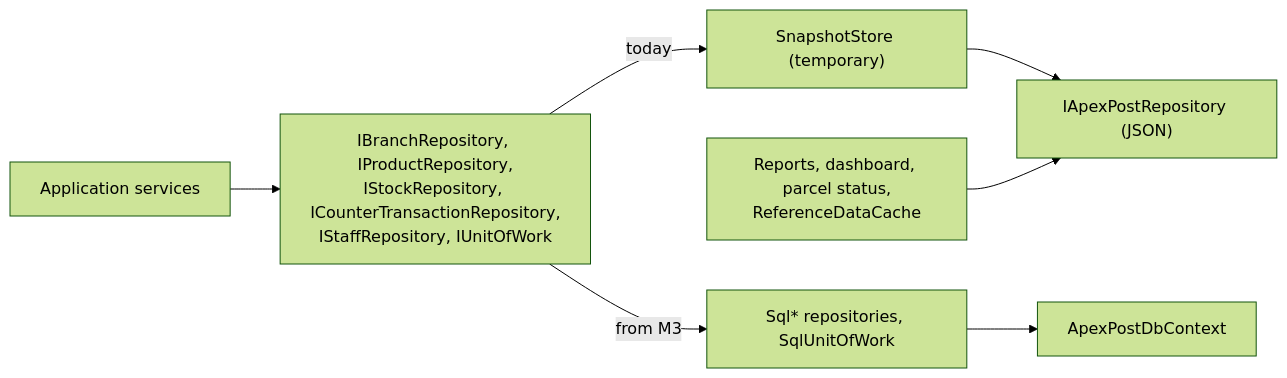
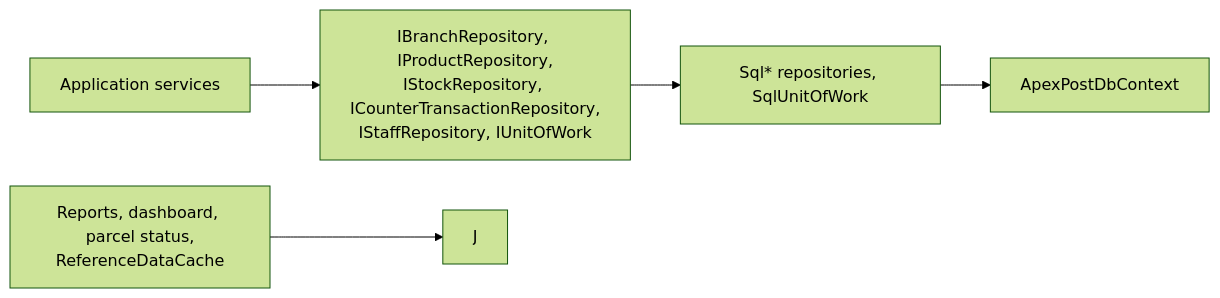
One commit to SP-Tiwari/ApexPost-Counter-Platform changed the fourth of 5 diagrams in DESIGN.md. Above: the diagram before and after it, drawn with Mermaid (forest theme). The commit also changed other lines of this file and 44 other files, not shown here.

````diff
--- a/DESIGN.md
+++ b/DESIGN.md
@@ -515,9 +516,7 @@
 ```mermaid
 flowchart LR
     S["Application services"] --> I["IBranchRepository, IProductRepository,<br/>IStockRepository, ICounterTransactionRepository,<br/>IStaffRepository, IUnitOfWork"]
-    I -->|"today"| B["SnapshotStore (temporary)"]
-    B --> J["IApexPostRepository (JSON)"]
-    I -->|"from M3"| E["Sql* repositories, SqlUnitOfWork"]
+    I --> E["Sql* repositories, SqlUnitOfWork"]
     E --> D["ApexPostDbContext"]
     R["Reports, dashboard, parcel status,<br/>ReferenceDataCache"] --> J
 ```
````
